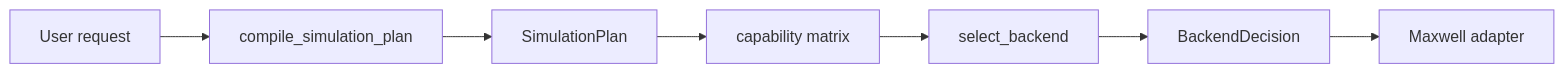
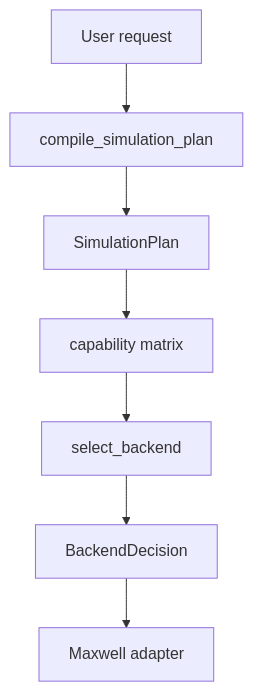
Before and after one commit to Vcholerae1/tide-GPR: the diagram in src/content/docs/api/core.md, drawn with Mermaid. The commit also changed 6 other files, not shown here.

Commit message:
fix: render math and Mermaid diagrams

````diff
--- a/src/content/docs/api/core.md
+++ b/src/content/docs/api/core.md
@@ -12,9 +12,9 @@
 ```mermaid
-graph LR
+flowchart TD
     A[User request] --> B[compile_simulation_plan]
     B --> C[SimulationPlan]
     C --> D[capability matrix]
     D --> E[select_backend]
     E --> F[BackendDecision]
     F --> G[Maxwell adapter]
 ```
````
